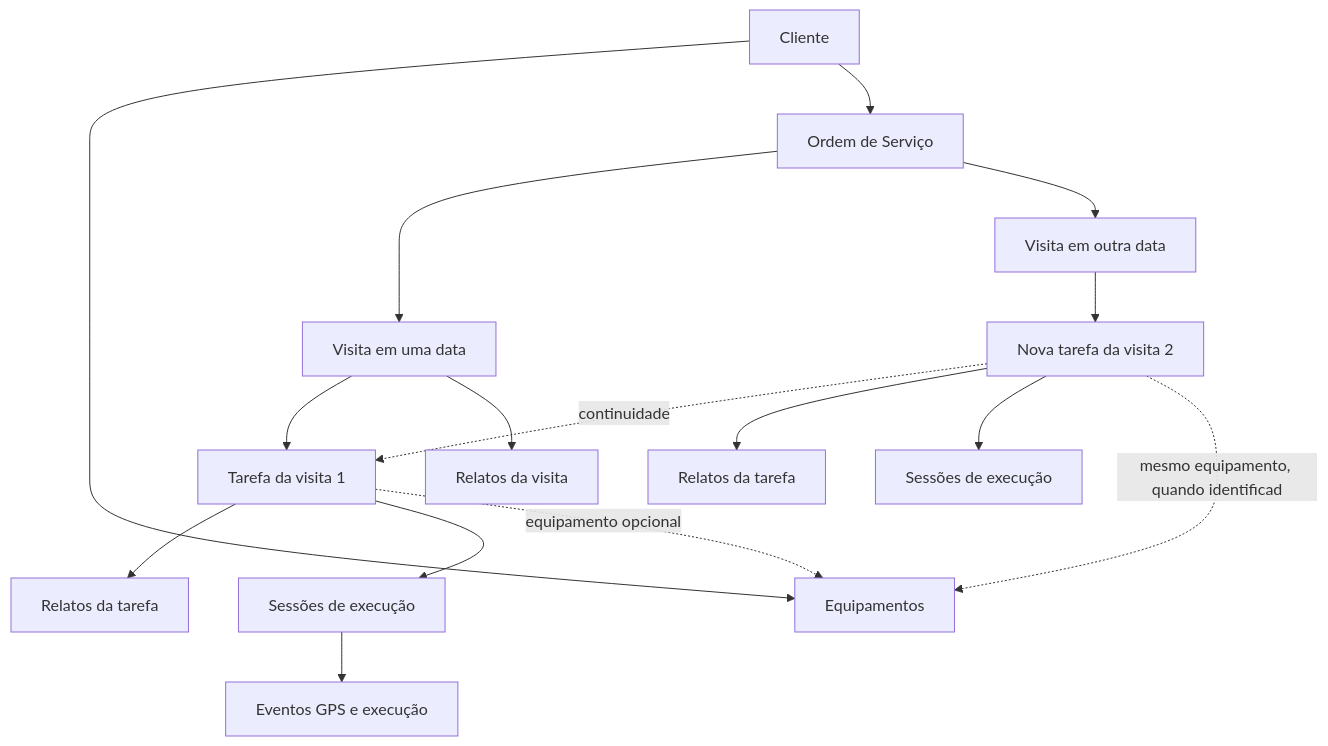
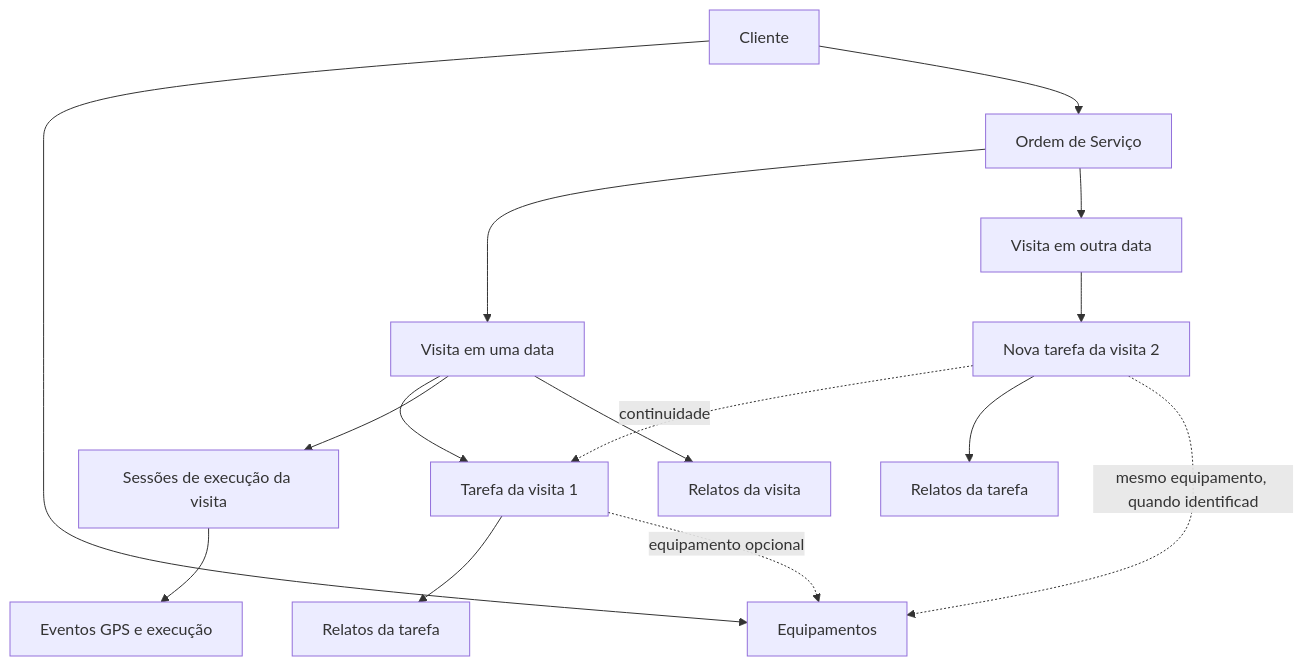
The second of 2 diagrams in documentacao/MODELO_LOGICO_DADOS_OPERACAO.md (lucasfaborges94/erp-winservice-dev-docs), drawn with Mermaid before and after one commit. The commit also changed other lines of this file, not shown here.

Commit message:
docs: revisa modelo lógico da operação para execução por visita

````diff
--- a/documentacao/MODELO_LOGICO_DADOS_OPERACAO.md
+++ b/documentacao/MODELO_LOGICO_DADOS_OPERACAO.md
@@ -328,18 +348,17 @@
 ```mermaid
 flowchart TD
     C[Cliente] --> E[Equipamentos]
     C --> WO[Ordem de Serviço]
     WO --> V1[Visita em uma data]
     WO --> V2[Visita em outra data]
     V1 --> T1[Tarefa da visita 1]
     V2 --> T2[Nova tarefa da visita 2]
     T2 -.continuidade.-> T1
     T1 --> R1[Relatos da tarefa]
-    T1 --> S1[Sessões de execução]
+    V1 --> S1[Sessões de execução da visita]
     S1 --> X1[Eventos GPS e execução]
     V1 --> RV1[Relatos da visita]
     T2 --> R2[Relatos da tarefa]
-    T2 --> S2[Sessões de execução]
     T1 -.equipamento opcional.-> E
     T2 -.mesmo equipamento, quando identificado.-> E
 ```
````
